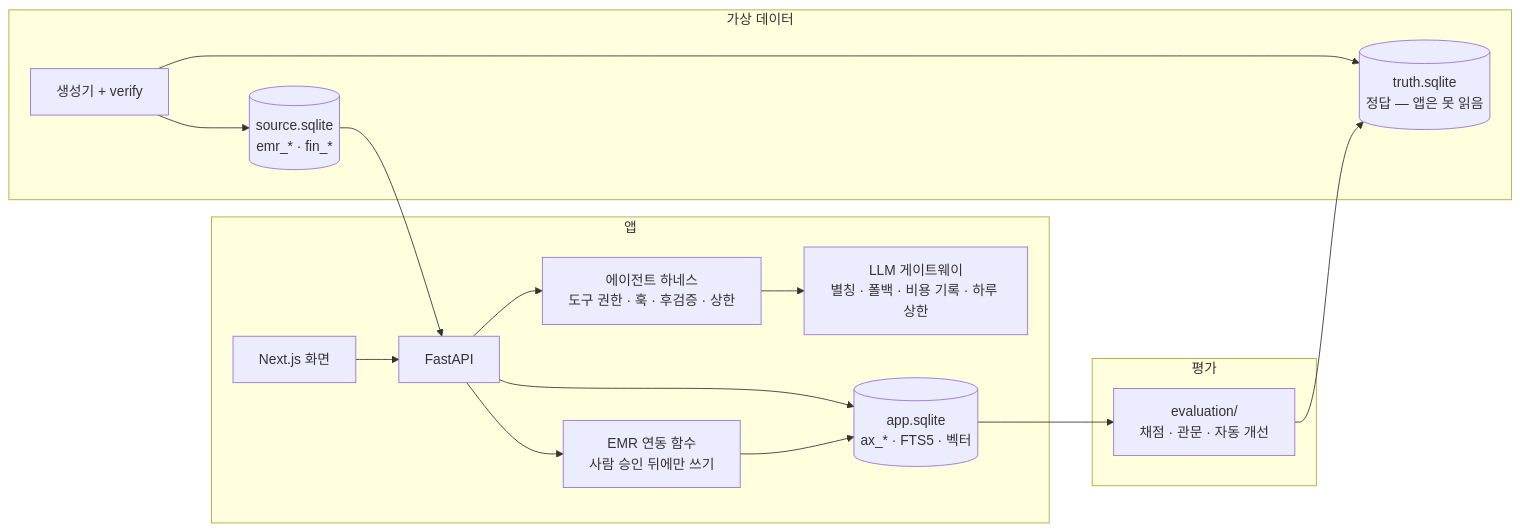
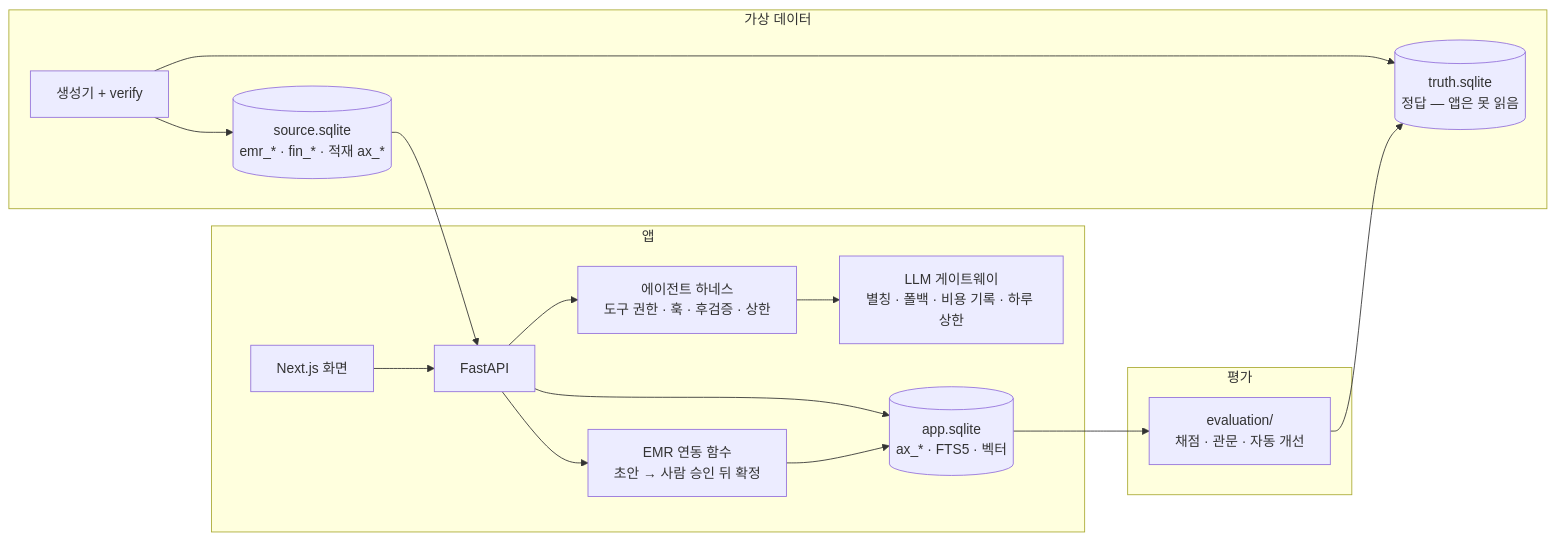
Before and after one commit to hhs1120/dental-clinic-ai: the diagram in README.md, drawn with Mermaid. The commit also changed other lines of this file and 1 other file, not shown here.

````diff
--- a/README.md
+++ b/README.md
@@ -75,20 +78,20 @@
 ```mermaid
 flowchart LR
   subgraph D[가상 데이터]
-    gen[생성기 + verify] --> src[(source.sqlite<br/>emr_* · fin_*)]
+    gen[생성기 + verify] --> src[(source.sqlite<br/>emr_* · fin_* · 적재 ax_*)]
     gen --> truth[(truth.sqlite<br/>정답 — 앱은 못 읽음)]
   end
   subgraph A[앱]
     ui[Next.js 화면] --> api[FastAPI]
     api --> harness[에이전트 하네스<br/>도구 권한 · 훅 · 후검증 · 상한]
     harness --> gw[LLM 게이트웨이<br/>별칭 · 폴백 · 비용 기록 · 하루 상한]
-    api --> bridge[EMR 연동 함수<br/>사람 승인 뒤에만 쓰기]
+    api --> bridge[EMR 연동 함수<br/>초안 → 사람 승인 뒤 확정]
     api --> appdb[(app.sqlite<br/>ax_* · FTS5 · 벡터)]
   end
   src --> api
   bridge --> appdb
   subgraph E[평가]
     ev[evaluation/<br/>채점 · 관문 · 자동 개선] --> truth
   end
   appdb --> ev
 ```
````
